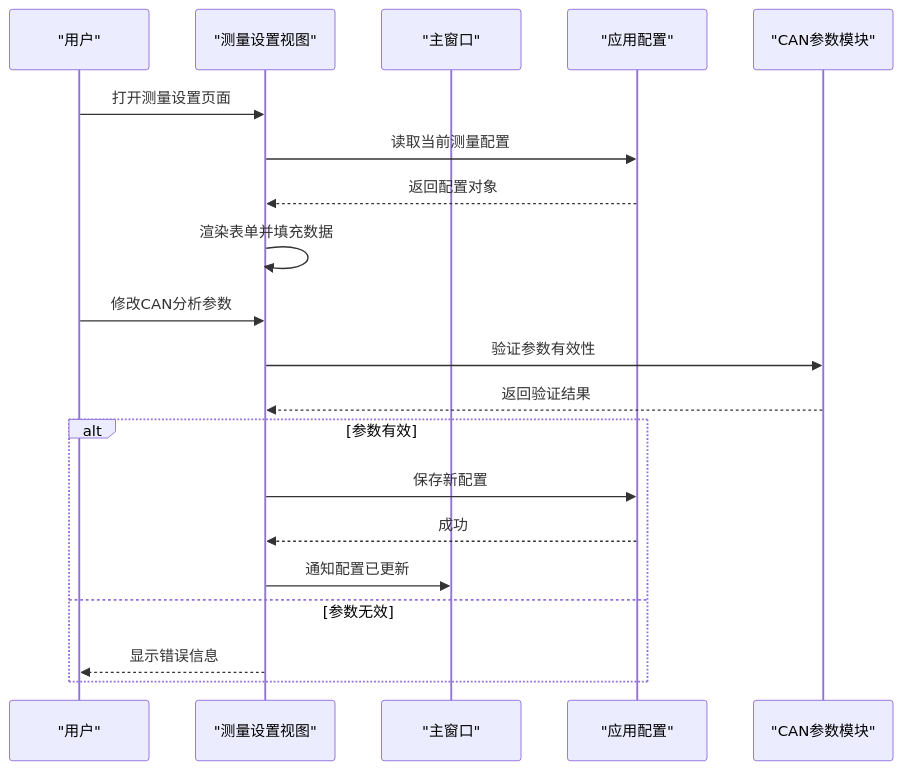
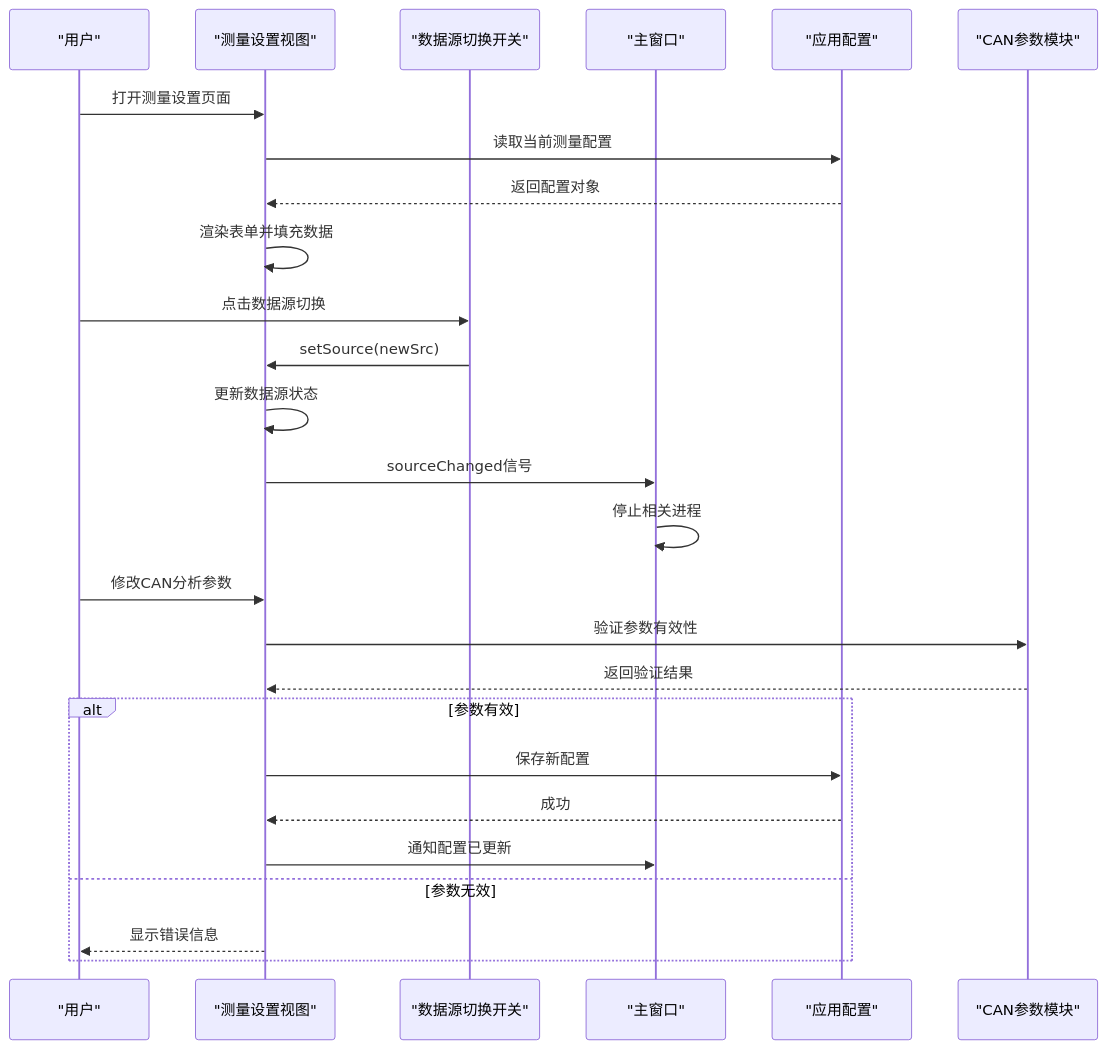
One commit to jakecai1225-design/OpenBus changed the third of 9 diagrams in .qoder/repowiki/zh/content/架构设计/UI系统设计/测量设置视图组件.md. Above: the diagram before and after it, drawn with Mermaid. The commit also changed other lines of this file and 16 other files, not shown here.

````diff
--- a/.qoder/repowiki/zh/content/架构设计/UI系统设计/测量设置视图组件.md
+++ b/.qoder/repowiki/zh/content/架构设计/UI系统设计/测量设置视图组件.md
@@ -164,22 +190,28 @@
 ```mermaid
 sequenceDiagram
 participant User as "用户"
 participant View as "测量设置视图"
+participant Switch as "数据源切换开关"
 participant MainWin as "主窗口"
 participant Config as "应用配置"
 participant CAN as "CAN参数模块"
 User->>View : 打开测量设置页面
 View->>Config : 读取当前测量配置
 Config-->>View : 返回配置对象
 View->>View : 渲染表单并填充数据
+User->>Switch : 点击数据源切换
+Switch->>View : setSource(newSrc)
+View->>View : 更新数据源状态
+View->>MainWin : sourceChanged信号
+MainWin->>MainWin : 停止相关进程
 User->>View : 修改CAN分析参数
 View->>CAN : 验证参数有效性
 CAN-->>View : 返回验证结果
 alt 参数有效
 View->>Config : 保存新配置
 Config-->>View : 成功
 View->>MainWin : 通知配置已更新
 else 参数无效
 View-->>User : 显示错误信息
 end
 ```
````
